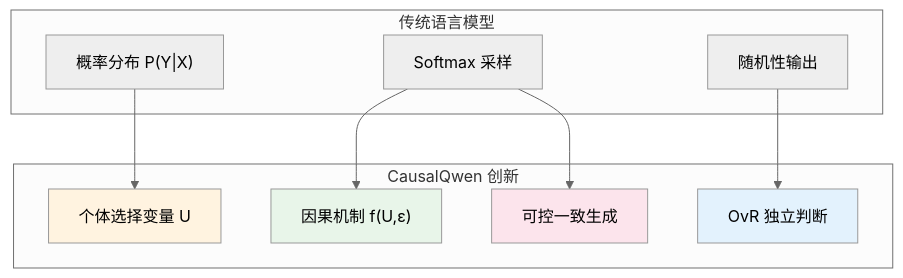
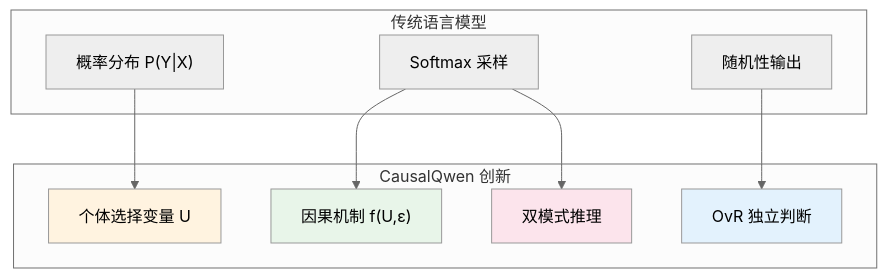
Before and after one commit to 1587causalai/CausalQwen: diagram 12 of 12 in docs/core_mathematical_framework.md, drawn with Mermaid (neutral theme). The commit also changed other lines of this file and 4 other files, not shown here.

````diff
--- a/docs/core_mathematical_framework.md
+++ b/docs/core_mathematical_framework.md
@@ -919,25 +909,25 @@
 ```mermaid
 graph TB
     subgraph "传统语言模型"
         T1["概率分布 P(Y|X)"]
         T2["Softmax 采样"]
         T3["随机性输出"]
     end
     
     subgraph "CausalQwen 创新"
         C1["个体选择变量 U"]
         C2["因果机制 f(U,ε)"]
         C3["OvR 独立判断"]
-        C4["可控一致生成"]
+        C4["双模式推理"]
     end
     
     T1 --> C1
     T2 --> C2
     T3 --> C3
     T2 --> C4
     
     style C1 fill:#fff3e0
     style C2 fill:#e8f5e9
     style C3 fill:#e3f2fd
     style C4 fill:#fce4ec
 ```
````
